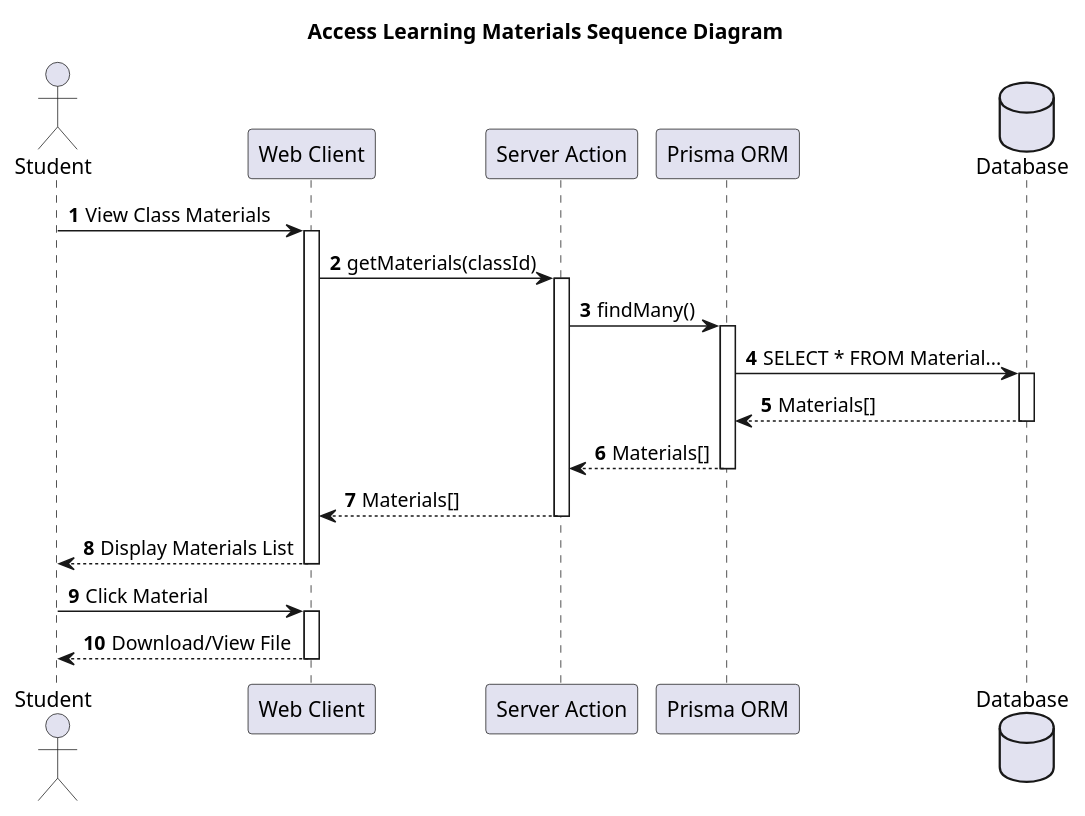
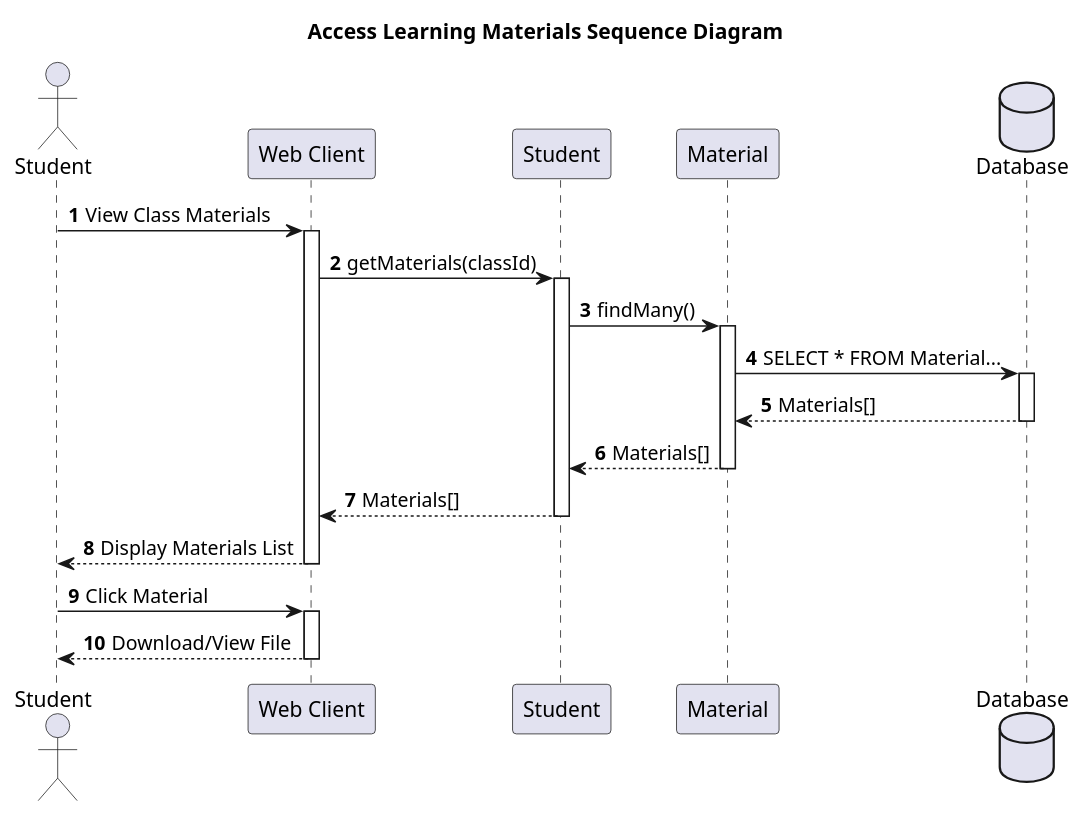
One commit to rafifgpt21-ai/jalms changed the diagram in design-summary/sequence-diagram/sequence-diagram-student-access-materials.puml. Above: the diagram before and after it, drawn with PlantUML. The commit also changed 36 other files, not shown here.

```diff
--- a/design-summary/sequence-diagram/sequence-diagram-student-access-materials.puml
+++ b/design-summary/sequence-diagram/sequence-diagram-student-access-materials.puml
@@ -1,33 +1,33 @@
 @startuml
 title Access Learning Materials Sequence Diagram
 autonumber
 
 actor "Student" as Student
-participant "Web Client" as UI
-participant "Server Action" as Action
-participant "Prisma ORM" as Prisma
-database "Database" as DB
+participant "Web Client" as Client
+participant "Student" as StudentClass
+participant "Material" as Material
+database "Database" as Database
 
-Student -> UI: View Class Materials
-activate UI
-UI -> Action: getMaterials(classId)
-activate Action
-Action -> Prisma: findMany()
-activate Prisma
-Prisma -> DB: SELECT * FROM Material...
-activate DB
-DB --> Prisma: Materials[]
-deactivate DB
-Prisma --> Action: Materials[]
-deactivate Prisma
-Action --> UI: Materials[]
-deactivate Action
-UI --> Student: Display Materials List
-deactivate UI
+Student -> Client: View Class Materials
+activate Client
+Client -> StudentClass: getMaterials(classId)
+activate StudentClass
+StudentClass -> Material: findMany()
+activate Material
+Material -> Database: SELECT * FROM Material...
+activate Database
+Database --> Material: Materials[]
+deactivate Database
+Material --> StudentClass: Materials[]
+deactivate Material
+StudentClass --> Client: Materials[]
+deactivate StudentClass
+Client --> Student: Display Materials List
+deactivate Client
 
-Student -> UI: Click Material
-activate UI
-UI --> Student: Download/View File
-deactivate UI
+Student -> Client: Click Material
+activate Client
+Client --> Student: Download/View File
+deactivate Client
 
 @enduml
```
